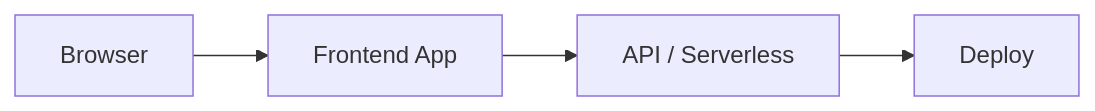
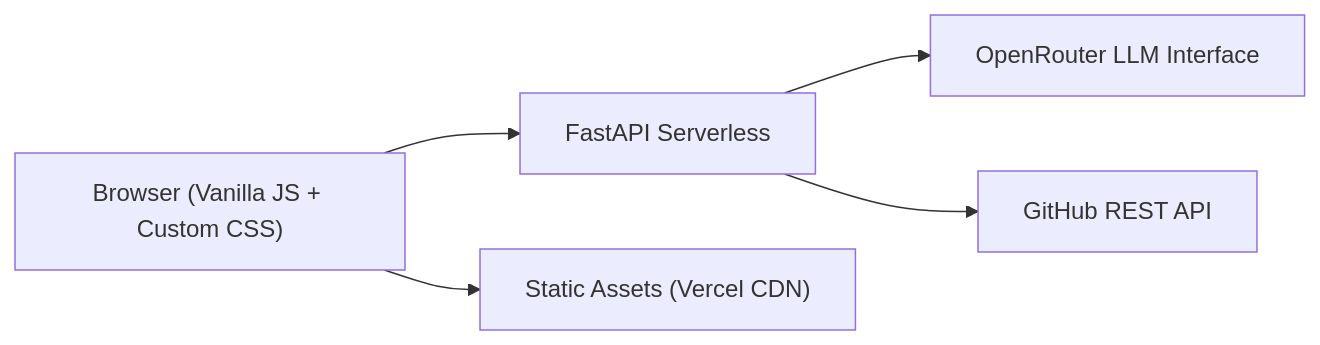
One commit to mangeshraut712/mangeshrautarchive changed the diagram in README.md. Above: the diagram before and after it, drawn with Mermaid. The commit also changed other lines of this file, not shown here.

````diff
--- a/README.md
+++ b/README.md
@@ -535,6 +224,7 @@
 ```mermaid
 flowchart LR
-    A["Browser"] --> B["Frontend App"]
-    B --> C["API / Serverless"]
-    C --> D["Deploy"]
+    A["Browser (Vanilla JS + Custom CSS)"] --> B["FastAPI Serverless"]
+    A --> C["Static Assets (Vercel CDN)"]
+    B --> D["OpenRouter LLM Interface"]
+    B --> E["GitHub REST API"]
 ```
````
